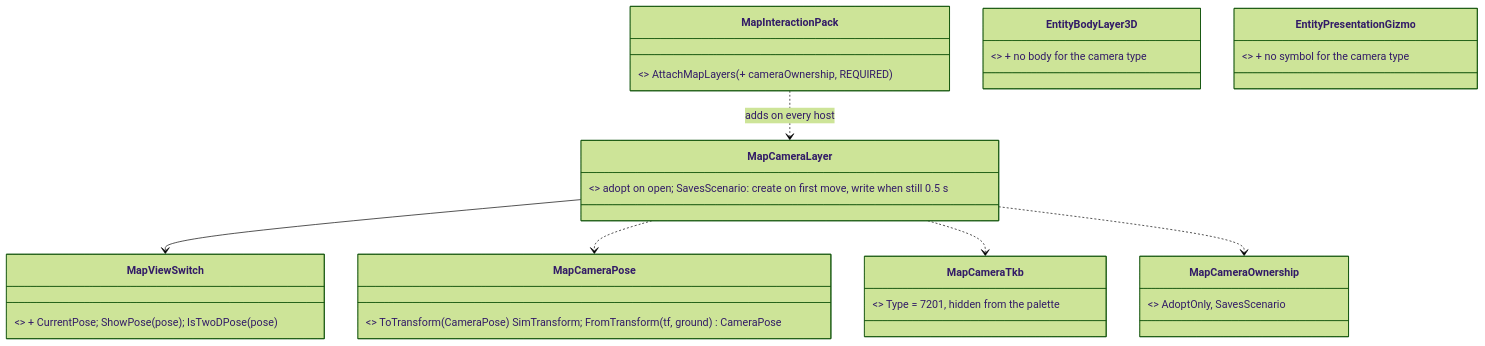
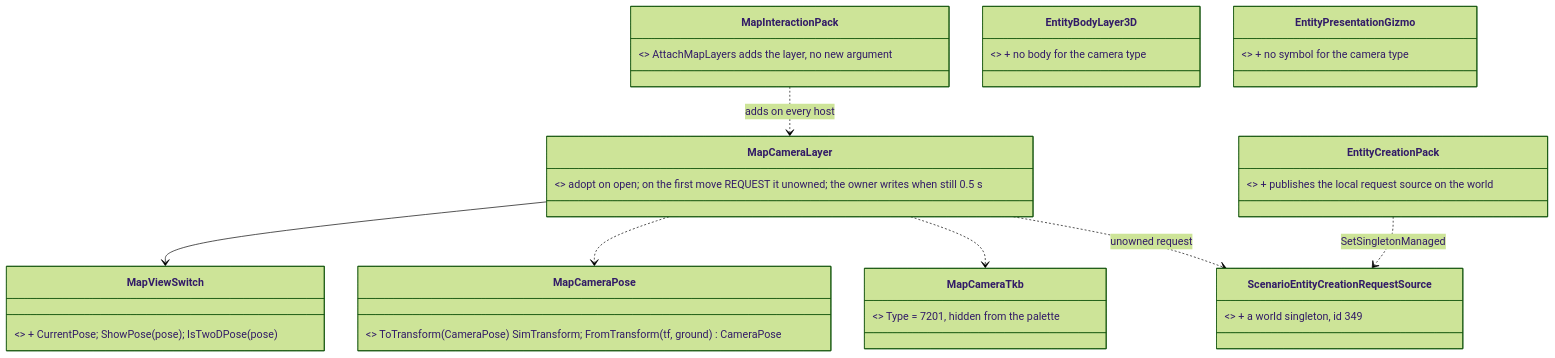
Diagram 17 of 18 in docs/DESIGN_Map_3D_Mode.md (pjanec/HROT), drawn with Mermaid (forest theme) before and after one commit. The commit also changed other lines of this file and 13 other files, not shown here.

````diff
--- a/docs/DESIGN_Map_3D_Mode.md
+++ b/docs/DESIGN_Map_3D_Mode.md
@@ -1118,16 +1118,18 @@
 ```mermaid
 classDiagram
   class MapCameraTkb { <<new, Hrot.Core>> Type = 7201, hidden from the palette }
   class MapCameraPose { <<new>> ToTransform(CameraPose) SimTransform; FromTransform(tf, ground) CameraPose }
-  class MapCameraLayer { <<new, a map layer>> adopt on open; SavesScenario: create on first move, write when still 0.5 s }
-  class MapCameraOwnership { <<new enum>> AdoptOnly, SavesScenario }
+  class MapCameraLayer { <<new, a map layer>> adopt on open; on the first move REQUEST it unowned; the owner writes when still 0.5 s }
+  class EntityCreationPack { <<exists, shared by every creating host>> + publishes the local request source on the world }
+  class ScenarioEntityCreationRequestSource { <<exists>> + a world singleton, id 349 }
   class MapViewSwitch { <<exists>> + CurrentPose; ShowPose(pose); IsTwoDPose(pose) }
-  class MapInteractionPack { <<exists>> AttachMapLayers(+ cameraOwnership, REQUIRED) }
+  class MapInteractionPack { <<exists>> AttachMapLayers adds the layer, no new argument }
   class EntityBodyLayer3D { <<exists>> + no body for the camera type }
   class EntityPresentationGizmo { <<exists>> + no symbol for the camera type }
   MapInteractionPack ..> MapCameraLayer : adds on every host
   MapCameraLayer --> MapViewSwitch
   MapCameraLayer ..> MapCameraPose
   MapCameraLayer ..> MapCameraTkb
-  MapCameraLayer ..> MapCameraOwnership
+  EntityCreationPack ..> ScenarioEntityCreationRequestSource : SetSingletonManaged
+  MapCameraLayer ..> ScenarioEntityCreationRequestSource : unowned request
 ```
````
